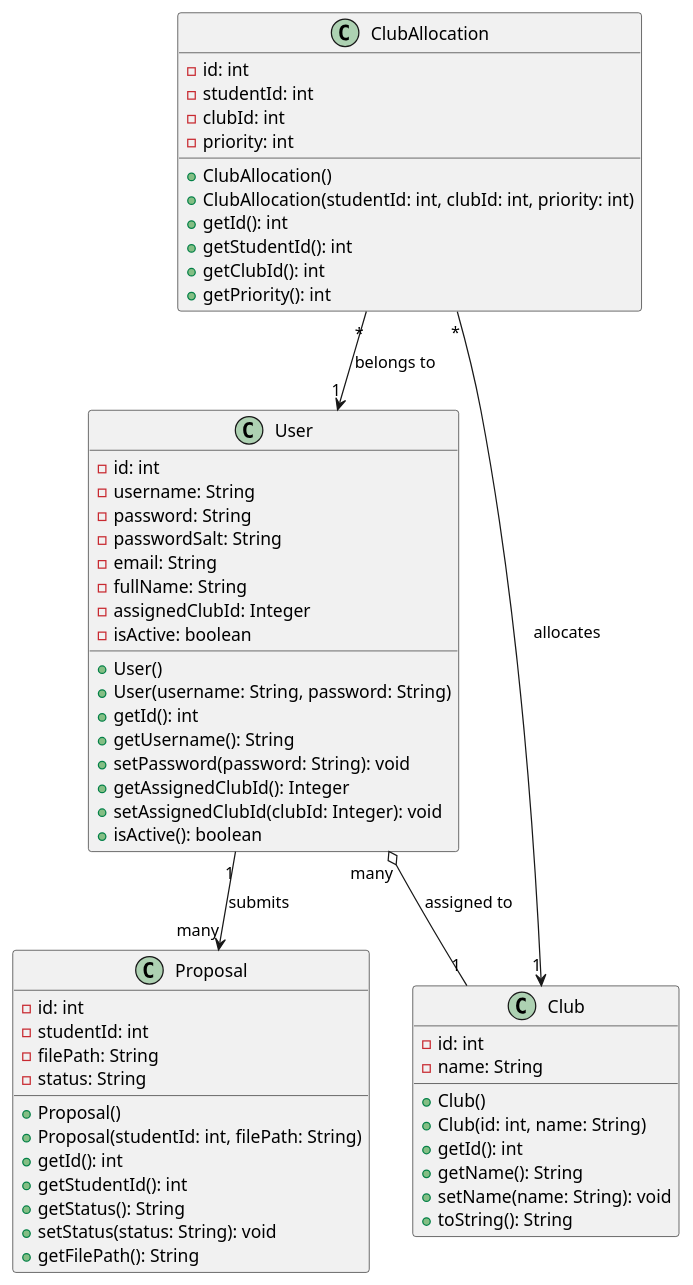
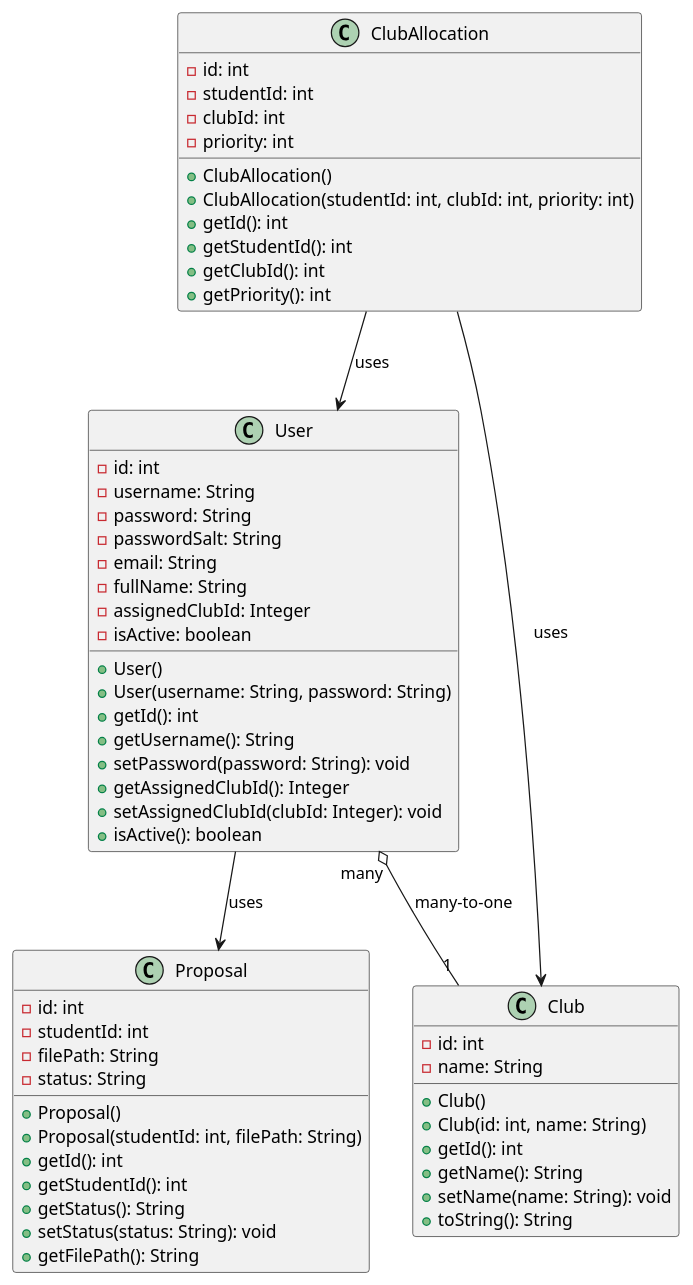
Before and after one commit to hybr/iacm: the diagram in club-management-system/club-models-diagram.puml, drawn with PlantUML. The commit also changed 2 other files, not shown here.

```diff
--- a/club-management-system/club-models-diagram.puml
+++ b/club-management-system/club-models-diagram.puml
@@ -1,65 +1,65 @@
 @startuml Club Management Models
 
 class User {
   - id: int
   - username: String
   - password: String
   - passwordSalt: String
   - email: String
   - fullName: String
   - assignedClubId: Integer
   - isActive: boolean
   + User()
   + User(username: String, password: String)
   + getId(): int
   + getUsername(): String
   + setPassword(password: String): void
   + getAssignedClubId(): Integer
   + setAssignedClubId(clubId: Integer): void
   + isActive(): boolean
 }
 
 class Club {
   - id: int
   - name: String
   + Club()
   + Club(id: int, name: String)
   + getId(): int
   + getName(): String
   + setName(name: String): void
   + toString(): String
 }
 
 class Proposal {
   - id: int
   - studentId: int
   - filePath: String
   - status: String
   + Proposal()
   + Proposal(studentId: int, filePath: String)
   + getId(): int
   + getStudentId(): int
   + getStatus(): String
   + setStatus(status: String): void
   + getFilePath(): String
 }
 
 class ClubAllocation {
   - id: int
   - studentId: int
   - clubId: int
   - priority: int
   + ClubAllocation()
   + ClubAllocation(studentId: int, clubId: int, priority: int)
   + getId(): int
   + getStudentId(): int
   + getClubId(): int
   + getPriority(): int
 }
 
-User "many" o-- "1" Club : assigned to
-User "1" --> "many" Proposal : submits
-ClubAllocation "*" --> "1" User : belongs to
-ClubAllocation "*" --> "1" Club : allocates
+User "many" o-- "1" Club : many-to-one
+User --> Proposal : uses
+ClubAllocation --> User : uses
+ClubAllocation --> Club : uses
 
 @enduml
```
